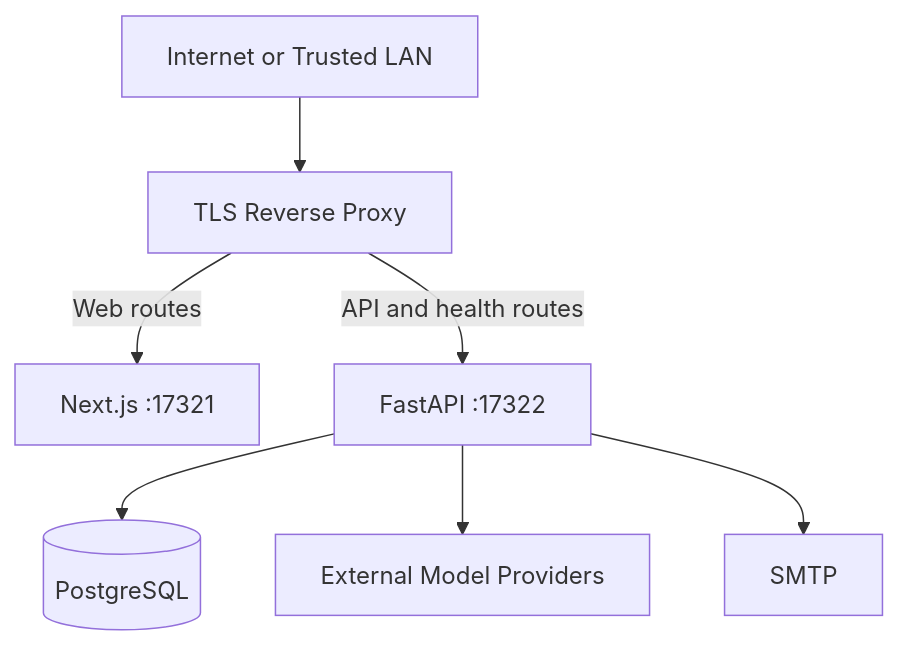
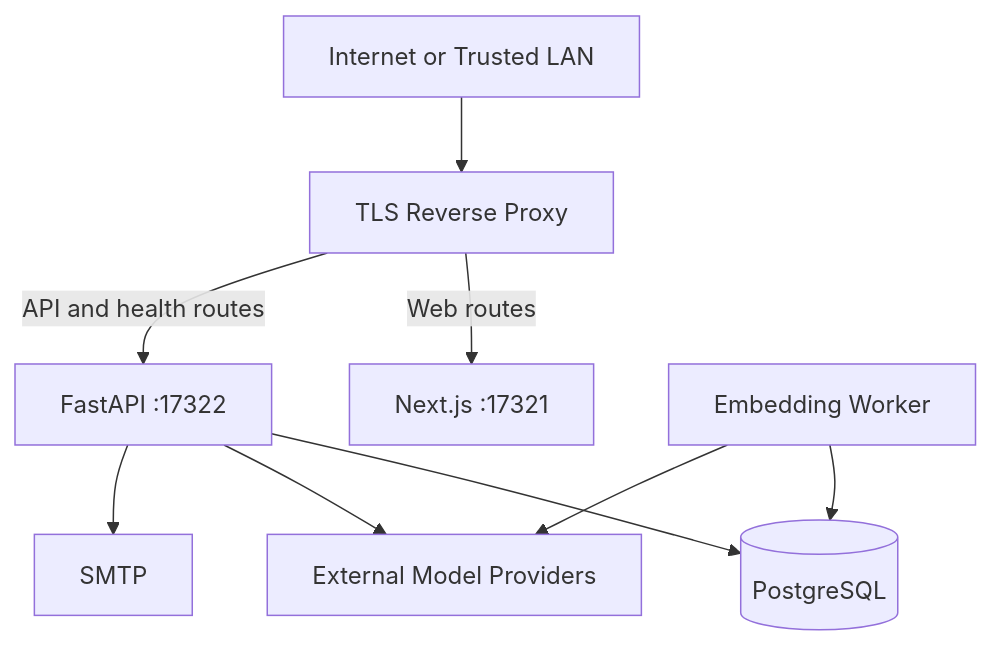
Before and after one commit to FoLAWy-py/Witscraft: the second of 4 diagrams in system architecture.md, drawn with Mermaid. The commit also changed other lines of this file and 22 other files, not shown here.

````diff
--- a/system architecture.md
+++ b/system architecture.md
@@ -49,9 +51,11 @@
 ```mermaid
 flowchart TB
     Internet["Internet or Trusted LAN"] --> TLS["TLS Reverse Proxy"]
     TLS -->|"Web routes"| Next["Next.js :17321"]
     TLS -->|"API and health routes"| FastAPI["FastAPI :17322"]
     FastAPI --> Postgres[("PostgreSQL")]
     FastAPI --> Providers["External Model Providers"]
     FastAPI --> Mail["SMTP"]
+    Worker["Embedding Worker"] --> Postgres
+    Worker --> Providers
 ```
````
